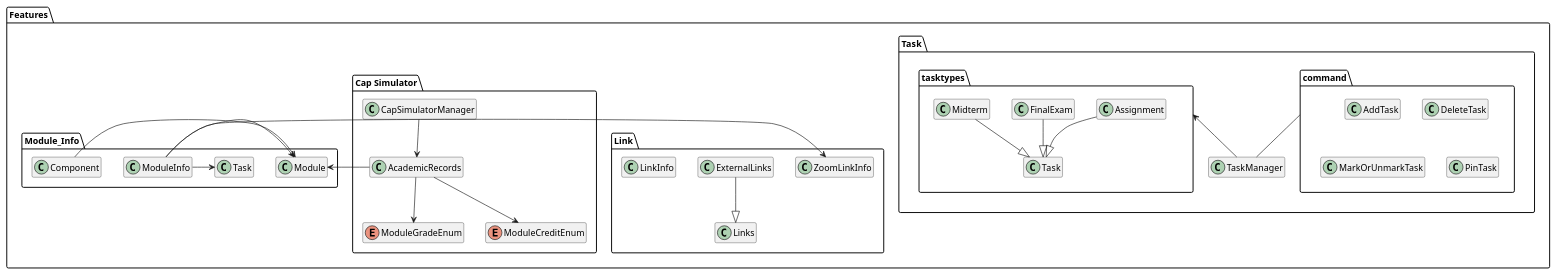
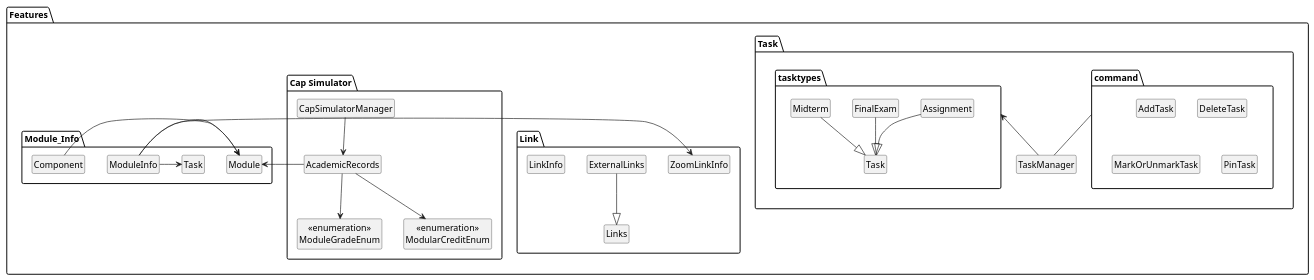
Before and after one commit to nus-cs2113-AY2021S2/tp: the diagram in docs/diagrams/featuresArchitecture.puml, drawn with PlantUML.

Commit message:
add enumeration title.

```diff
--- a/docs/diagrams/featuresArchitecture.puml
+++ b/docs/diagrams/featuresArchitecture.puml
@@ -1,61 +1,64 @@
 @startuml
 hide members
+hide circle
 
 package Features {
 
 package Task {
     package command {
         Class AddTask
         Class DeleteTask
         Class MarkOrUnmarkTask
         Class PinTask
     }
     Class TaskManager
     command -- TaskManager
     tasktypes <-- TaskManager
     package tasktypes {
             Class Assignment
             Class FinalExam
             Class Midterm
             Class Task
 
             Assignment --|> Task
             Midterm --|> Task
             FinalExam --|> Task
         }
 }
 
 package Link {
   Class ExternalLinks
   Class LinkInfo
   Class Links
   Class ZoomLinkInfo
 
 ExternalLinks --|> Links
 }
 
 package "Cap Simulator" {
   Class AcademicRecords
   Class CapSimulatorManager
-  Enum ModuleGradeEnum
-  Enum ModuleCreditEnum
+  Enum "<<enumeration>>\nModuleGradeEnum"
+  Enum "<<enumeration>>\nModularCreditEnum"
 
-AcademicRecords --> ModuleCreditEnum
-AcademicRecords --> ModuleGradeEnum
+
+
+AcademicRecords --> "<<enumeration>>\nModularCreditEnum"
+AcademicRecords --> "<<enumeration>>\nModuleGradeEnum"
 CapSimulatorManager --> AcademicRecords
 }
 
 package Module_Info {
     Class ModuleInfo
     Class Module
     Class Component
 
     ModuleInfo -> Module
     ModuleInfo -> Task
     ModuleInfo -> ZoomLinkInfo
     Component -> Module
     Module <- AcademicRecords
 }
 
 }
 @enduml
```
